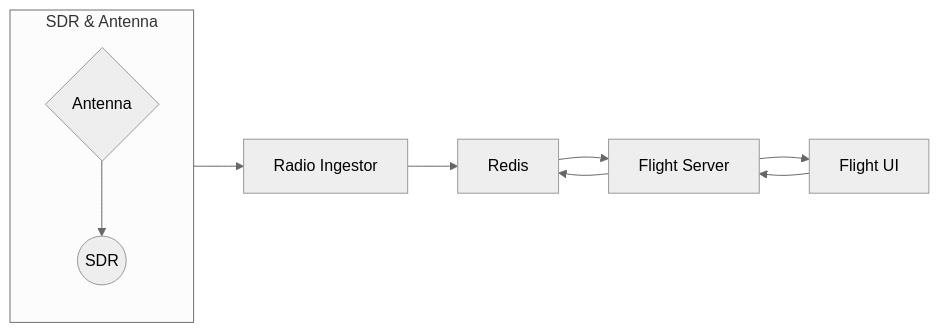
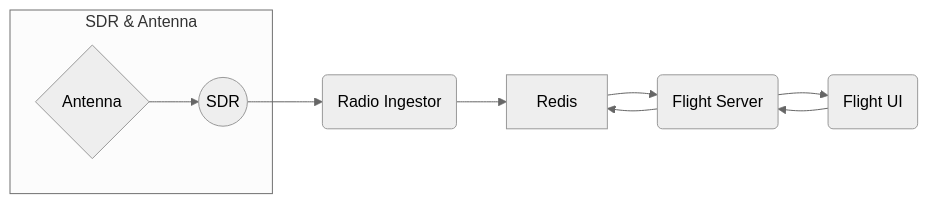
The diagram in README.md (guyroyse/tracking-aircraft), drawn with Mermaid (neutral theme) before and after one commit.

Commit message:
trying out a mermaid diagram

````diff
--- a/README.md
+++ b/README.md
@@ -157,13 +157,12 @@
 ```mermaid
 graph LR
   subgraph "SDR & Antenna"
-    direction TD;
     A{Antenna} --> B((SDR))
   end
-  B --> C["Radio Ingestor"]
+  B --> C("Radio Ingestor")
   C --> D[Redis]
-  D --> E["Flight Server"]
+  D --> E("Flight Server")
   E --> D
-  E --> F["Flight UI"]
+  E --> F("Flight UI")
   F --> E
 ```
````
